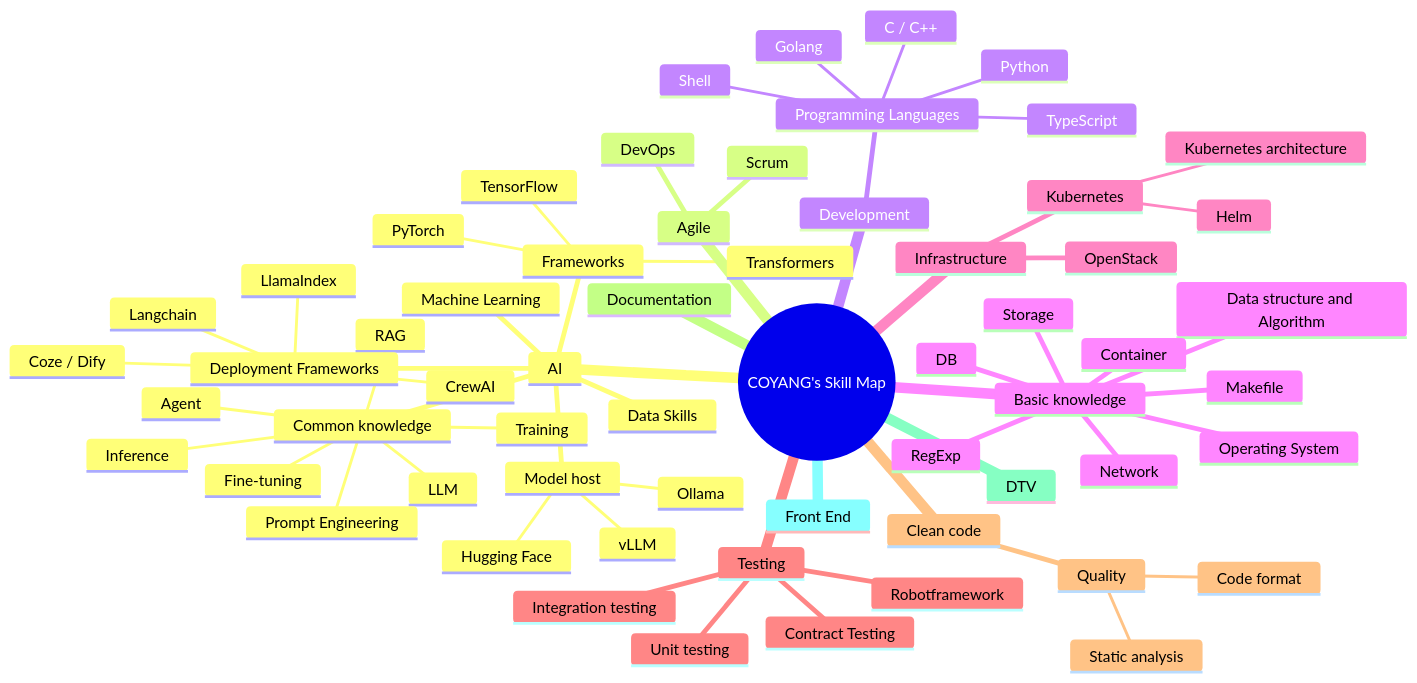
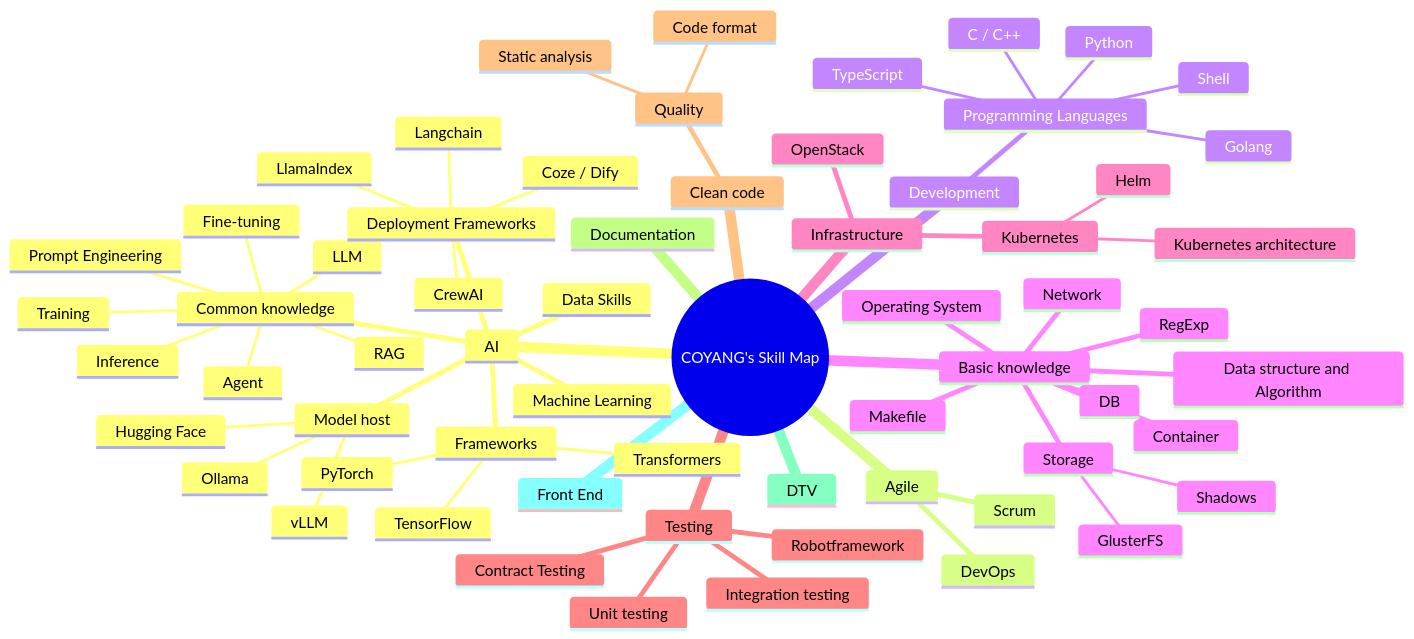
One commit to coyang/blogs changed the diagram in docs/images/skillmap/skill_map.mmd. Above: the diagram before and after it, drawn with Mermaid. The commit also changed 1 other file, not shown here.

Commit message:
Enhance skillmap by adding Shadows and GlusterFS categories

```diff
--- a/docs/images/skillmap/skill_map.mmd
+++ b/docs/images/skillmap/skill_map.mmd
@@ -1,69 +1,71 @@
 mindmap
   root((COYANG's Skill Map))
     AI
       Common knowledge
         LLM
         Inference
         Training
         Fine-tuning
         Agent
         RAG
         Prompt Engineering
       Frameworks
         PyTorch
         TensorFlow
         Transformers
       Machine Learning
 
       Data Skills
 
       Model host
         Ollama
         vLLM
         Hugging Face
       Deployment Frameworks
         Langchain
         CrewAI
         LlamaIndex
         Coze / Dify
     Agile
       Scrum
       DevOps
 
     Development
       Programming Languages
         C / C++
         Golang
         Python
         Shell
         TypeScript
     Basic knowledge
       Operating System
       Data structure and Algorithm
       RegExp
       Makefile
       Container
       Network
       Storage
+          Shadows
+          GlusterFS
       DB
 
     Infrastructure
       OpenStack
       Kubernetes
         Helm
         Kubernetes architecture
 
     Testing
       Unit testing
       Integration testing
       Contract Testing
       Robotframework
 
     Clean code
       Quality
         Code format
         Static analysis
 
     Documentation
     DTV
     Front End
```
